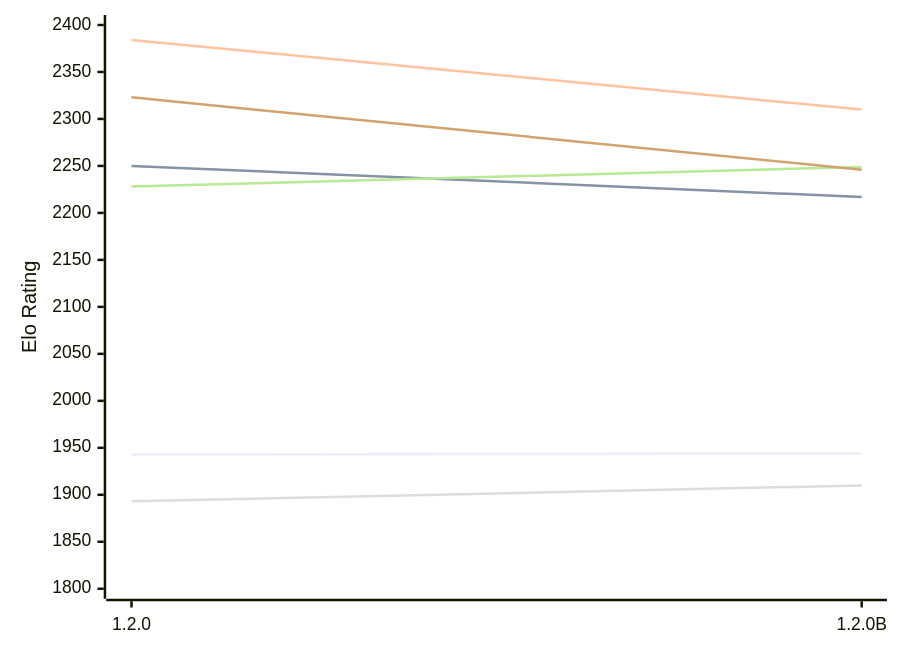
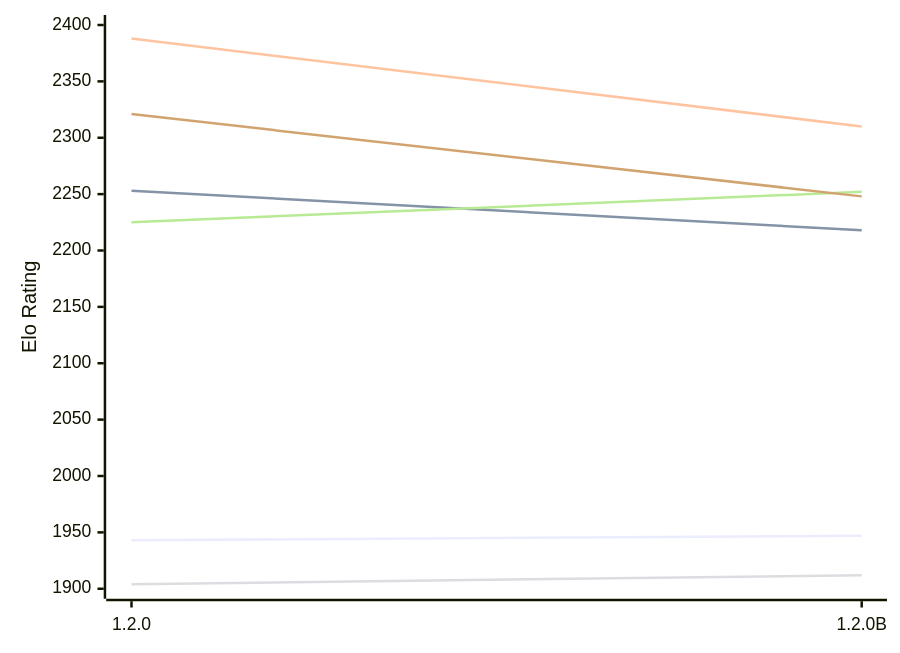
One commit to computer-chess-index/cci changed the first of 2 diagrams in engines/Soomi.md. Above: the diagram before and after it, drawn with Mermaid. The commit also changed other lines of this file, not shown here.

Commit message:
Update CCI Ratings (ELO VLTC) - 2026-11-20

````diff
--- a/engines/Soomi.md
+++ b/engines/Soomi.md
@@ -53,12 +53,12 @@
 ```mermaid
 %%{init: {"theme":"base","themeVariables":{"seriesColors:['#a3a3a3','#222221','#faa371']}}}%%
 xychart-beta
   x-axis ["1.2.0", "1.2.0B"]
-  y-axis "Elo Rating" 1800 --> 2400
-  line "E1: STC (8.0+0.08s)" [1943, 1944]
-  line "E1: LTC (60.0+0.60s)" [2250, 2217]
-  line "E1: VLTC (2m24s+1.12s)" [2384, 2310]
-  line "P1: STC (8.0+0.08s)" [1893, 1910]
-  line "P1: LTC (60.0+0.60s)" [2228, 2249]
-  line "P1: VLTC (2m24s+1.12s)" [2323, 2246]
+  y-axis "Elo Rating" 1900 --> 2400
+  line "E1: STC (8.0+0.08s)" [1943, 1947]
+  line "E1: LTC (60.0+0.60s)" [2253, 2218]
+  line "E1: VLTC (2m24s+1.12s)" [2388, 2310]
+  line "P1: STC (8.0+0.08s)" [1904, 1912]
+  line "P1: LTC (60.0+0.60s)" [2225, 2252]
+  line "P1: VLTC (2m24s+1.12s)" [2321, 2248]
 ```
````
